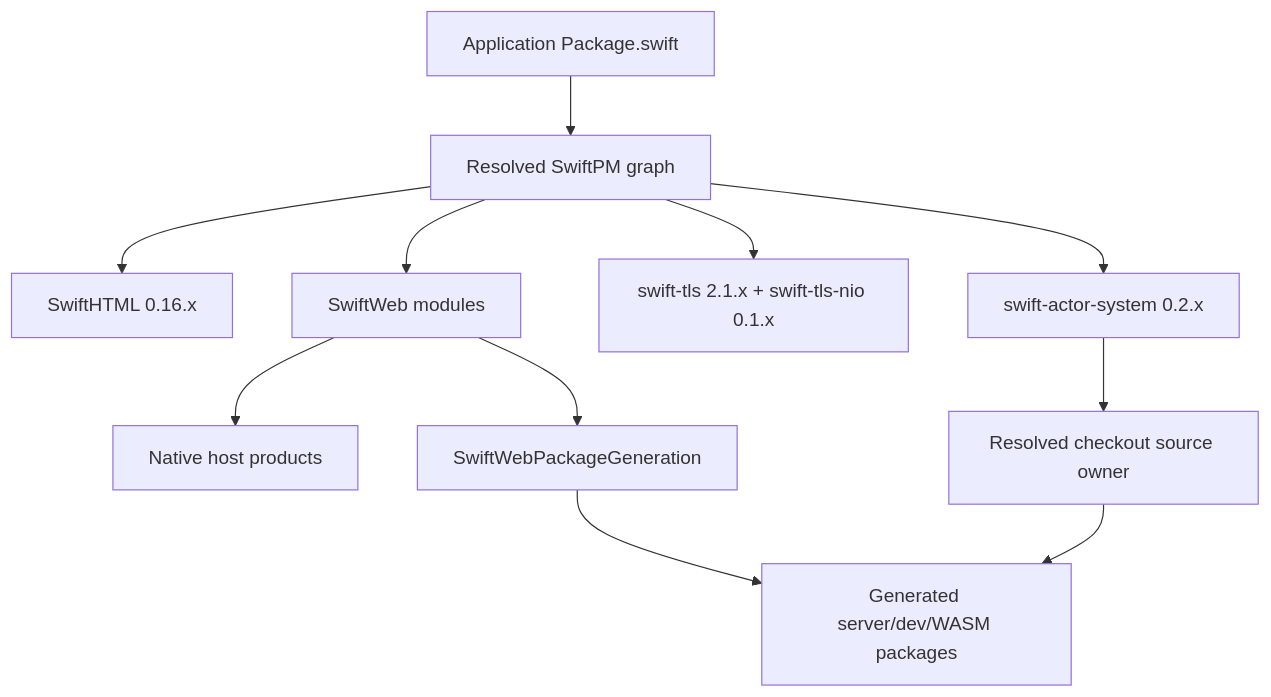
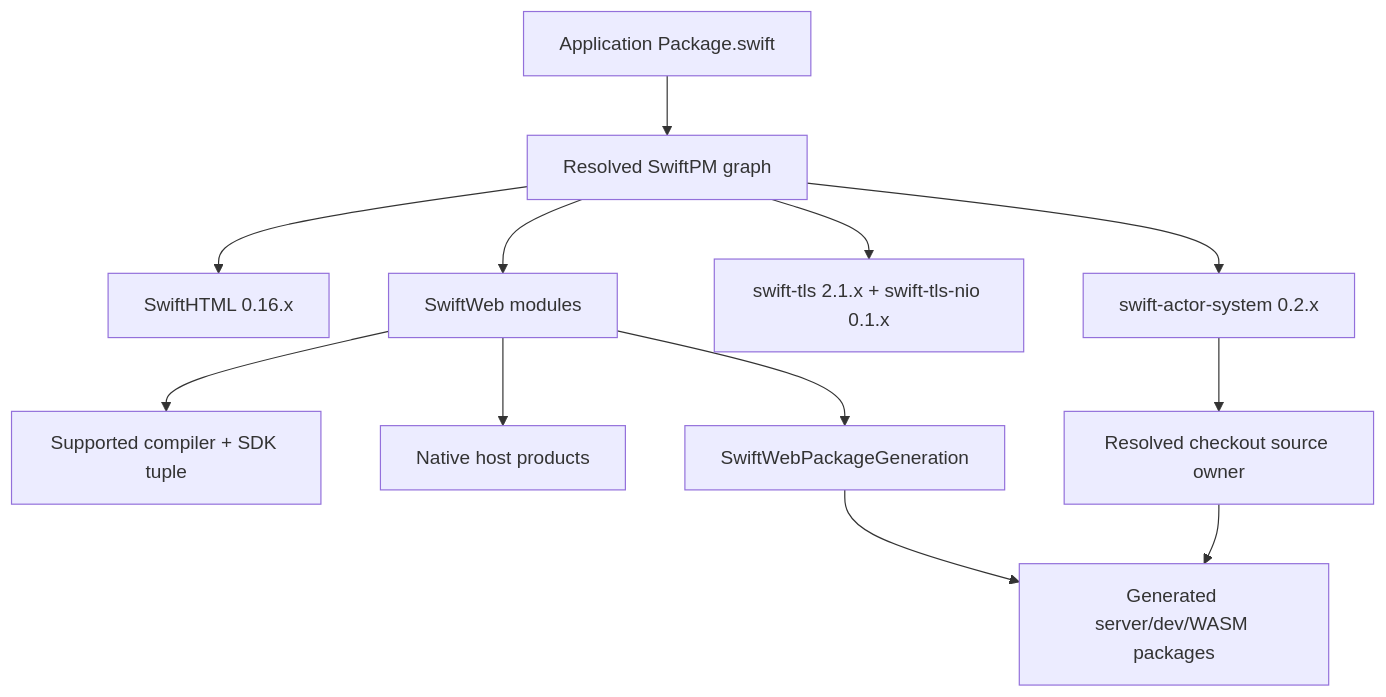
Before and after one commit to 1amageek/swift-web: the diagram in DESIGN.md, drawn with Mermaid. The commit also changed other lines of this file and 11 other files, not shown here.

````diff
--- a/DESIGN.md
+++ b/DESIGN.md
@@ -63,13 +65,14 @@
 ```mermaid
 flowchart TD
   App["Application Package.swift"] --> Graph["Resolved SwiftPM graph"]
   Graph --> HTML["SwiftHTML 0.16.x"]
   Graph --> Actor["swift-actor-system 0.2.x"]
   Graph --> TLS["swift-tls 2.1.x + swift-tls-nio 0.1.x"]
   Graph --> Modules["SwiftWeb modules"]
+  Modules --> Toolchain["Supported compiler + SDK tuple"]
   Modules --> Host["Native host products"]
   Modules --> Generator["SwiftWebPackageGeneration"]
   Generator --> Generated["Generated server/dev/WASM packages"]
   Actor --> Resolved["Resolved checkout source owner"]
   Resolved --> Generated
 ```
````
